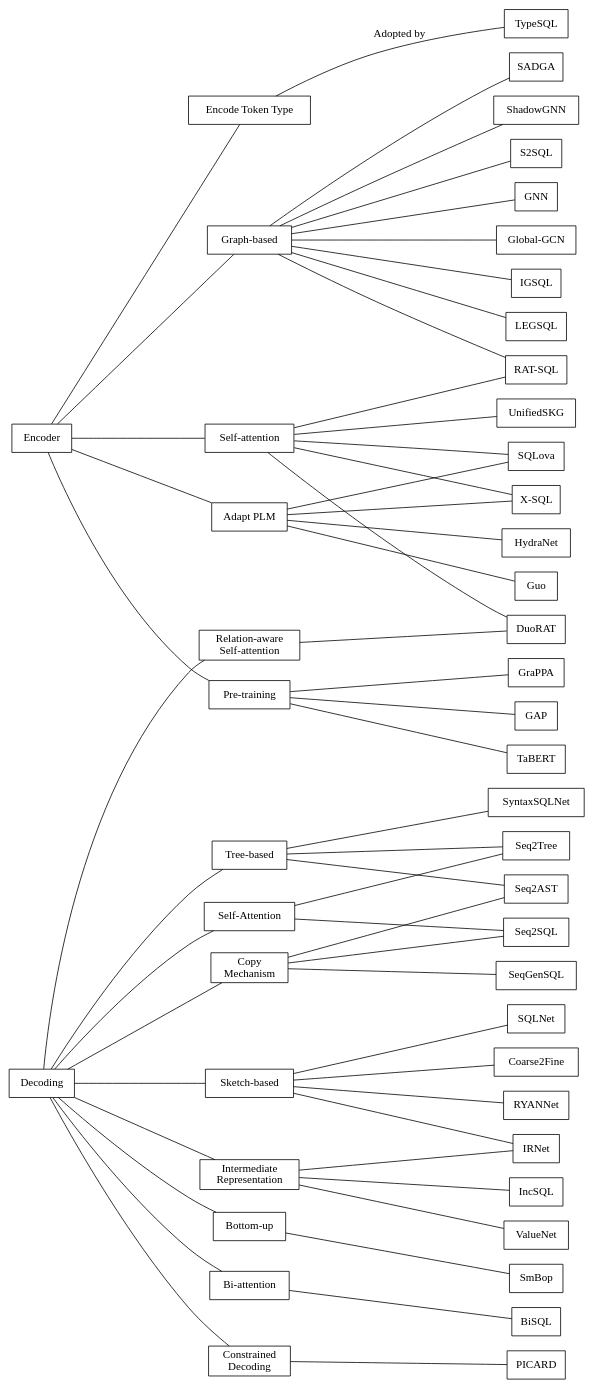
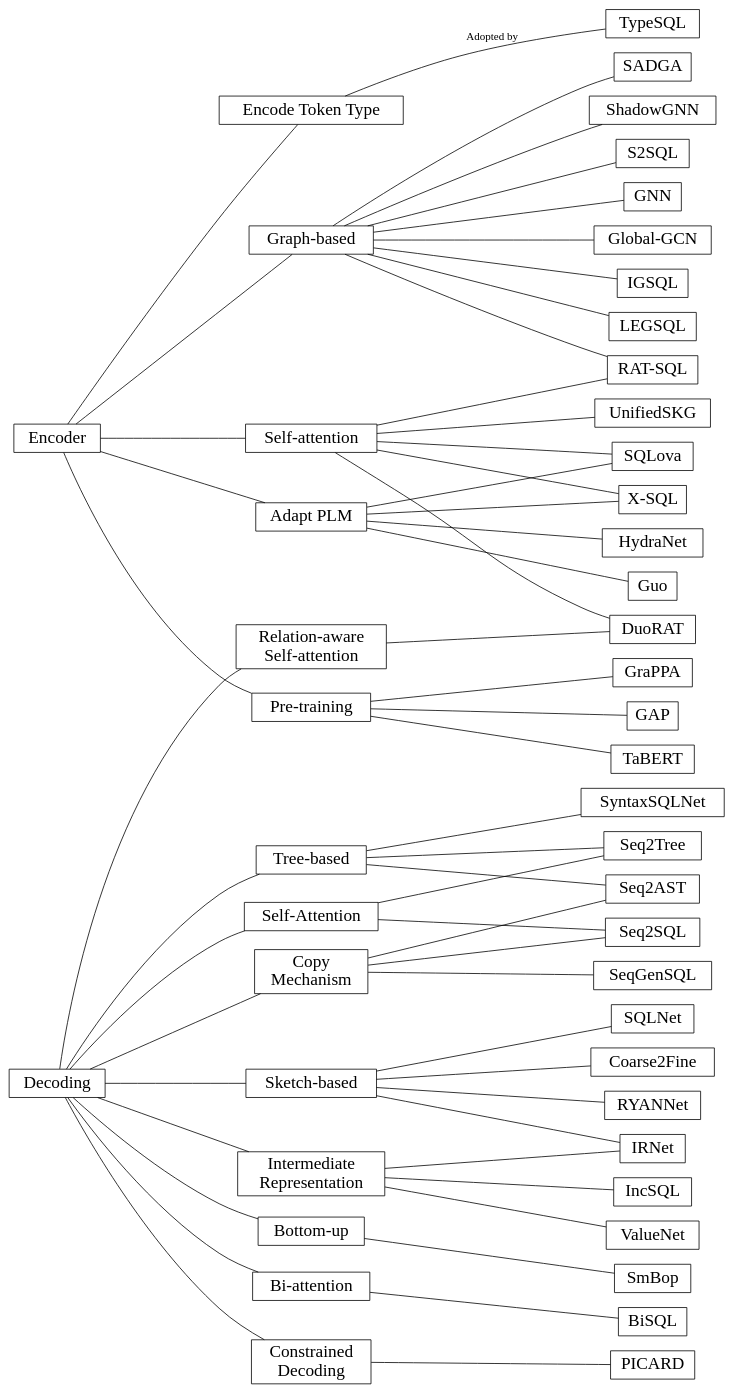
The diagram in pics/mindmap/methods/map.dot (yazdipour/text-to-sql-thesis), drawn with Graphviz before and after one commit. The commit also changed 4 other files, not shown here.

Commit message:
improve mindmap

```diff
--- a/pics/mindmap/methods/map.dot
+++ b/pics/mindmap/methods/map.dot
@@ -1,59 +1,59 @@
 graph G {
-	node [shape=record];
+	node [shape=record, fontsize=22];
 	rankdir=LR;
 	// highest rank in center, others around it like a star
 	ranksep=2;
 
 	Encoder -- "Encode Token Type";
     "Encode Token Type" -- "TypeSQL" [label="Adopted by"];
     Encoder --"Graph-based";
     "Graph-based" -- "GNN" ;
     "Graph-based" -- "Global-GCN" ;
     "Graph-based" -- "IGSQL" ;
     "Graph-based" -- "RAT-SQL" ;
     "Graph-based" -- "LEGSQL" ;
     "Graph-based" -- "SADGA" ;
     "Graph-based" -- "ShadowGNN" ;
     "Graph-based" -- "S2SQL" ;
     Encoder --"Self-attention";
     "Self-attention" -- "X-SQL" ;
     "Self-attention" -- "SQLova" ;
     "Self-attention" -- "RAT-SQL" ;
     "Self-attention" -- "DuoRAT" ;
     "Self-attention" -- "UnifiedSKG" ;
     Encoder --"Adapt PLM";
     "Adapt PLM" -- "X-SQL" ;
     "Adapt PLM" -- "SQLova" ;
     "Adapt PLM" -- "Guo" ;
     "Adapt PLM" -- "HydraNet" ;
     Encoder -- "Pre-training";
 	"Pre-training" -- "TaBERT" ;
     "Pre-training" -- "GraPPA" ;
     "Pre-training" -- "GAP" ;
 	
 	Decoding -- "Tree-based";
 	"Tree-based" -- "Seq2Tree";
 	"Tree-based" -- "Seq2AST";
 	"Tree-based" -- "SyntaxSQLNet";
 	Decoding -- "Sketch-based";
 	"Sketch-based" -- "SQLNet";
 	"Sketch-based" -- "Coarse2Fine";
 	"Sketch-based" -- "IRNet";
 	"Sketch-based" -- "RYANNet";
 	Decoding -- "Bottom-up" -- "SmBop";
 	Decoding -- "Self-Attention";
 	"Self-Attention" -- "Seq2SQL";
 	"Self-Attention" -- "Seq2Tree";
 	Decoding -- "Bi-attention" -- BiSQL;
 	Decoding -- "Relation-aware \nSelf-attention" -- "DuoRAT";
 	Decoding -- "Copy\nMechanism";
 	"Copy\nMechanism" -- "Seq2SQL";
 	"Copy\nMechanism" -- "Seq2AST";
 	"Copy\nMechanism" -- "SeqGenSQL";
 	Decoding -- "Intermediate\nRepresentation";
 	"Intermediate\nRepresentation" -- "IncSQL";
 	"Intermediate\nRepresentation" -- "IRNet";
 	"Intermediate\nRepresentation" -- "ValueNet";
 	Decoding -- "Constrained\nDecoding";
 	"Constrained\nDecoding" -- "PICARD";
 }
```
